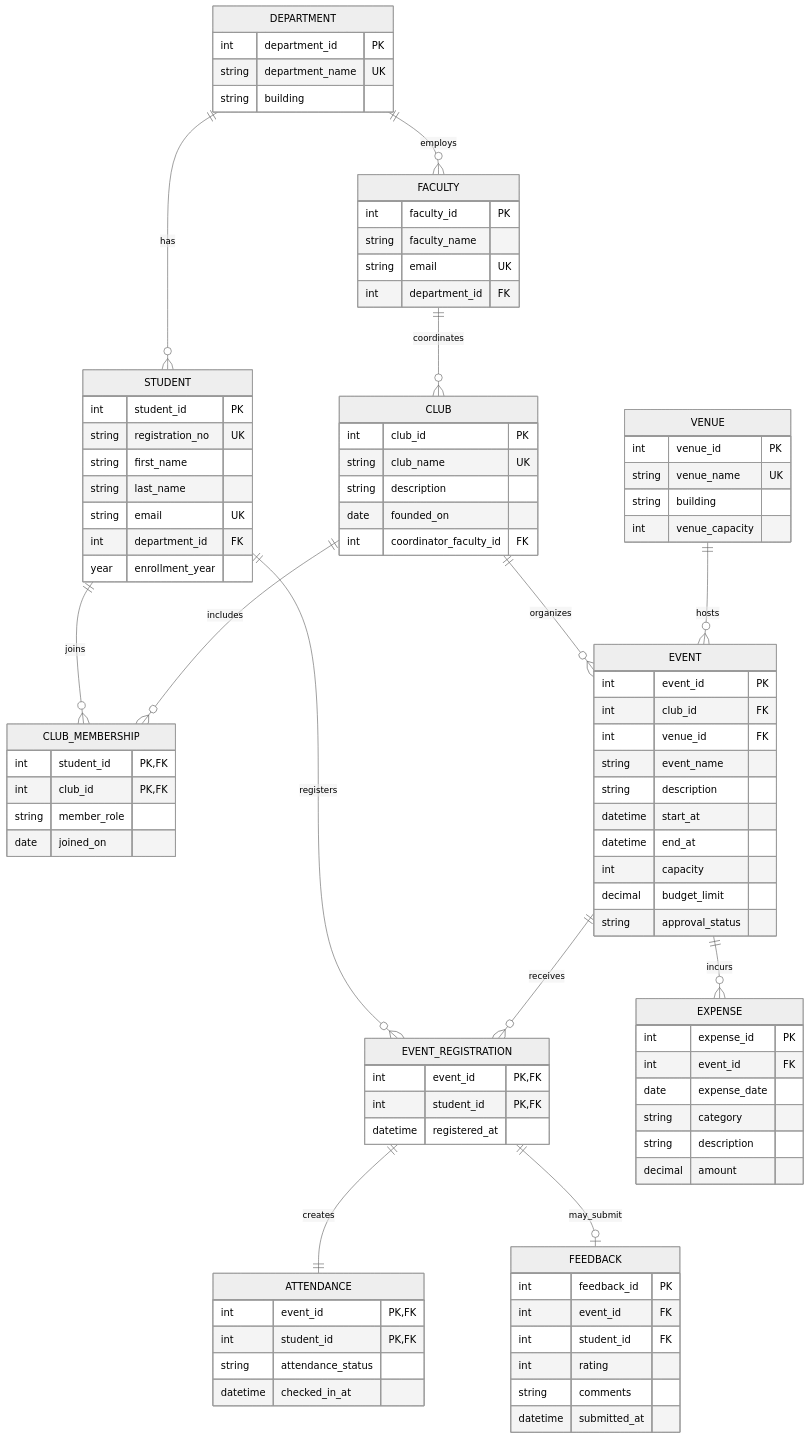
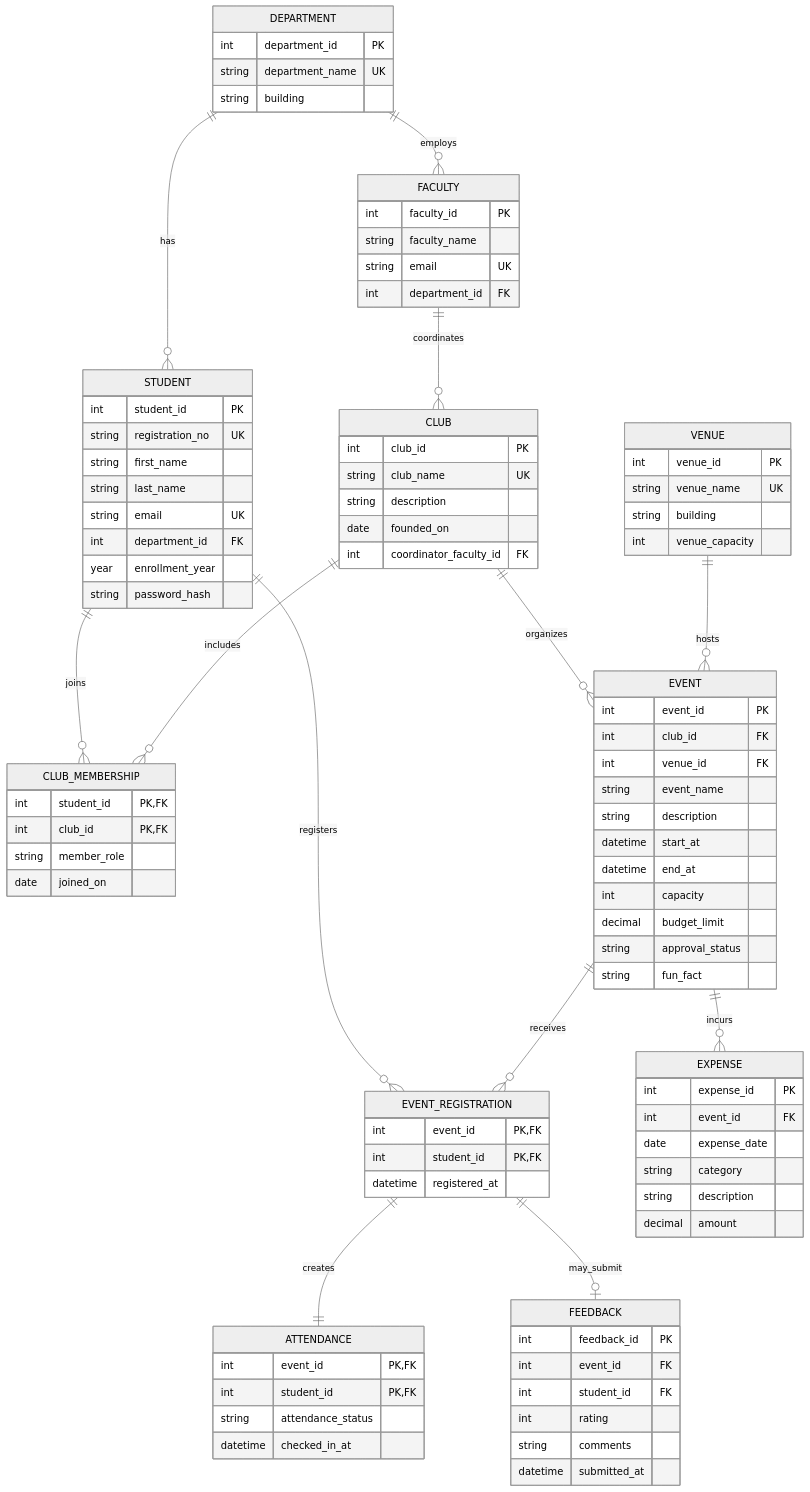
Before and after one commit to shreshthsharma-os/DBMS_Project_CampusEvent_and_Club_Management_System: the diagram in docs/er-diagram.mmd, drawn with Mermaid (neutral theme). The commit also changed 8 other files, not shown here.

```diff
--- a/docs/er-diagram.mmd
+++ b/docs/er-diagram.mmd
@@ -1,92 +1,94 @@
 erDiagram
     DEPARTMENT {
         int department_id PK
         string department_name UK
         string building
     }
     STUDENT {
         int student_id PK
         string registration_no UK
         string first_name
         string last_name
         string email UK
         int department_id FK
         year enrollment_year
+        string password_hash
     }
     FACULTY {
         int faculty_id PK
         string faculty_name
         string email UK
         int department_id FK
     }
     CLUB {
         int club_id PK
         string club_name UK
         string description
         date founded_on
         int coordinator_faculty_id FK
     }
     CLUB_MEMBERSHIP {
         int student_id PK, FK
         int club_id PK, FK
         string member_role
         date joined_on
     }
     VENUE {
         int venue_id PK
         string venue_name UK
         string building
         int venue_capacity
     }
     EVENT {
         int event_id PK
         int club_id FK
         int venue_id FK
         string event_name
         string description
         datetime start_at
         datetime end_at
         int capacity
         decimal budget_limit
         string approval_status
+        string fun_fact
     }
     EVENT_REGISTRATION {
         int event_id PK, FK
         int student_id PK, FK
         datetime registered_at
     }
     ATTENDANCE {
         int event_id PK, FK
         int student_id PK, FK
         string attendance_status
         datetime checked_in_at
     }
     EXPENSE {
         int expense_id PK
         int event_id FK
         date expense_date
         string category
         string description
         decimal amount
     }
     FEEDBACK {
         int feedback_id PK
         int event_id FK
         int student_id FK
         int rating
         string comments
         datetime submitted_at
     }
 
     DEPARTMENT ||--o{ STUDENT : has
     DEPARTMENT ||--o{ FACULTY : employs
     FACULTY ||--o{ CLUB : coordinates
     STUDENT ||--o{ CLUB_MEMBERSHIP : joins
     CLUB ||--o{ CLUB_MEMBERSHIP : includes
     CLUB ||--o{ EVENT : organizes
     VENUE ||--o{ EVENT : hosts
     STUDENT ||--o{ EVENT_REGISTRATION : registers
     EVENT ||--o{ EVENT_REGISTRATION : receives
     EVENT_REGISTRATION ||--|| ATTENDANCE : creates
     EVENT ||--o{ EXPENSE : incurs
     EVENT_REGISTRATION ||--o| FEEDBACK : may_submit
```
